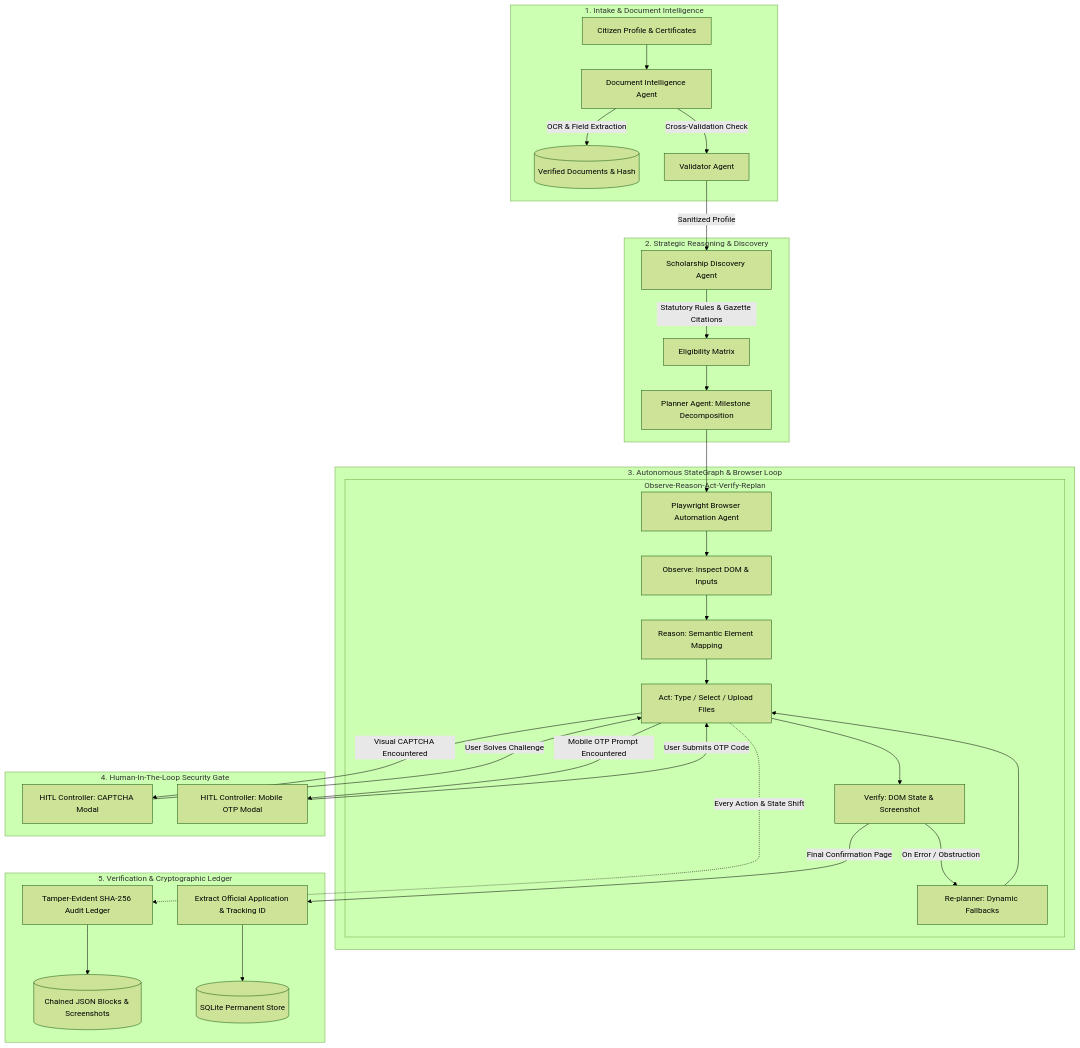
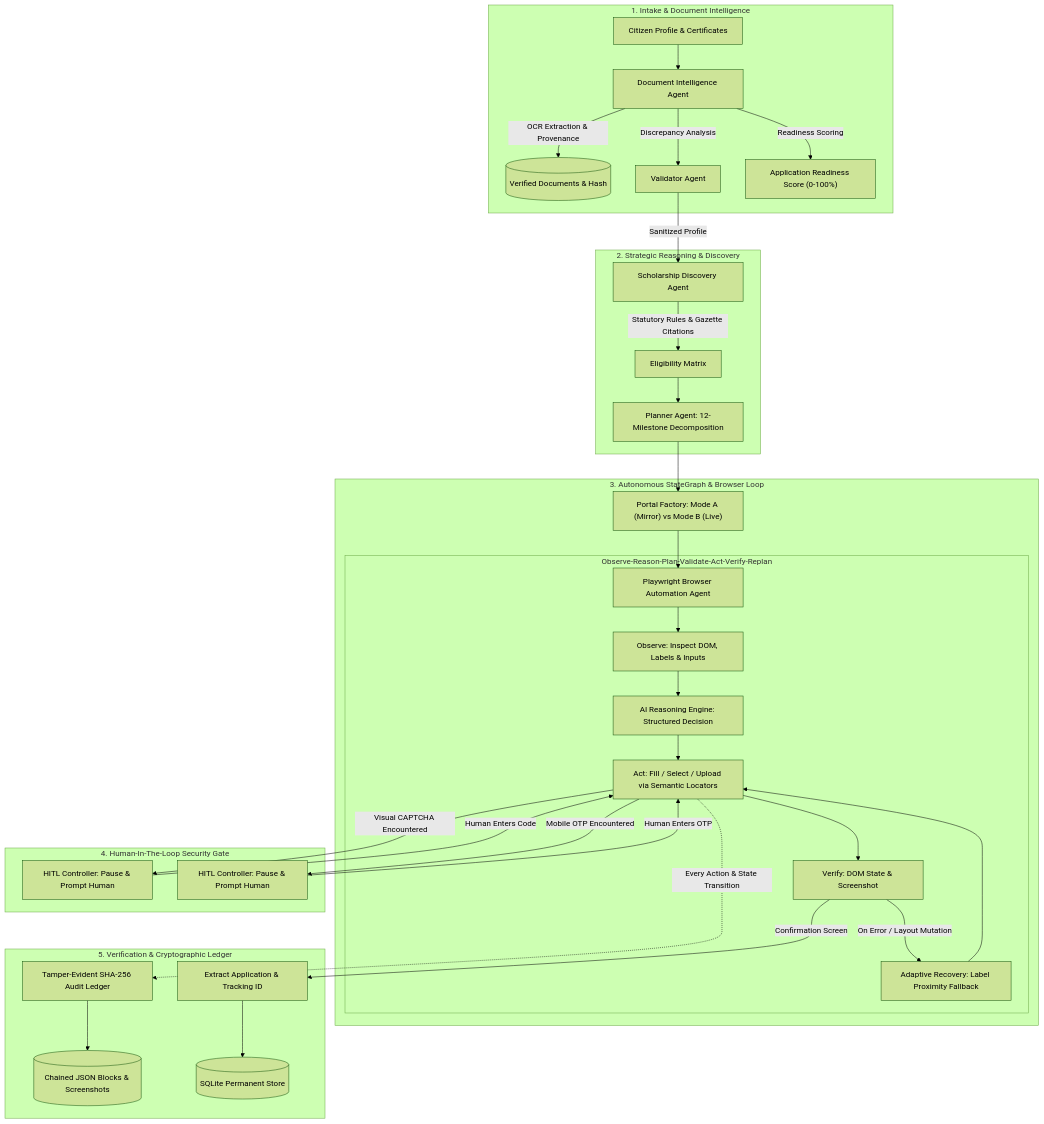
Before and after one commit to Annaveer-Hiremath/Seva-Agent---Forge-Hackathon: the diagram in README.md, drawn with Mermaid (forest theme). The commit also changed other lines of this file and 3 other files, not shown here.

Commit message:
docs & core: resolve documentation contradictions, link LLM prompt reasoning traces, and verify hackathon readiness

````diff
--- a/README.md
+++ b/README.md
@@ -45,41 +64,43 @@
 ```mermaid
 flowchart TD
     subgraph INTAKE ["1. Intake & Document Intelligence"]
         CP["Citizen Profile & Certificates"] --> DIA["Document Intelligence Agent"]
-        DIA -->|"OCR & Field Extraction"| DOCS[("Verified Documents & Hash")]
-        DIA -->|"Cross-Validation Check"| VAL["Validator Agent"]
+        DIA -->|"OCR Extraction & Provenance"| DOCS[("Verified Documents & Hash")]
+        DIA -->|"Discrepancy Analysis"| VAL["Validator Agent"]
+        DIA -->|"Readiness Scoring"| READINESS["Application Readiness Score (0-100%)"]
     end
 
     subgraph REASONING ["2. Strategic Reasoning & Discovery"]
         VAL -->|"Sanitized Profile"| SDA["Scholarship Discovery Agent"]
         SDA -->|"Statutory Rules & Gazette Citations"| ELIG["Eligibility Matrix"]
-        ELIG --> PLAN["Planner Agent: Milestone Decomposition"]
+        ELIG --> PLAN["Planner Agent: 12-Milestone Decomposition"]
     end
 
     subgraph ORCHESTRATION ["3. Autonomous StateGraph & Browser Loop"]
-        PLAN --> BAA["Playwright Browser Automation Agent"]
+        PLAN --> FACTORY["Portal Factory: Mode A (Mirror) vs Mode B (Live)"]
+        FACTORY --> BAA["Playwright Browser Automation Agent"]
         
-        subgraph ADAPTIVE_LOOP ["Observe-Reason-Act-Verify-Replan"]
-            BAA --> OBS["Observe: Inspect DOM & Inputs"]
-            OBS --> RSN["Reason: Semantic Element Mapping"]
-            RSN --> ACT["Act: Type / Select / Upload Files"]
+        subgraph ADAPTIVE_LOOP ["Observe-Reason-Plan-Validate-Act-Verify-Replan"]
+            BAA --> OBS["Observe: Inspect DOM, Labels & Inputs"]
+            OBS --> RSN["AI Reasoning Engine: Structured Decision"]
+            RSN --> ACT["Act: Fill / Select / Upload via Semantic Locators"]
             ACT --> VRF["Verify: DOM State & Screenshot"]
-            VRF -->|"On Error / Obstruction"| RPL["Re-planner: Dynamic Fallbacks"]
+            VRF -->|"On Error / Layout Mutation"| RPL["Adaptive Recovery: Label Proximity Fallback"]
             RPL --> ACT
         end
     end
 
     subgraph HITL_GATE ["4. Human-In-The-Loop Security Gate"]
-        ACT -->|"Visual CAPTCHA Encountered"| CAP["HITL Controller: CAPTCHA Modal"]
-        ACT -->|"Mobile OTP Prompt Encountered"| OTP["HITL Controller: Mobile OTP Modal"]
-        CAP -->|"User Solves Challenge"| ACT
-        OTP -->|"User Submits OTP Code"| ACT
+        ACT -->|"Visual CAPTCHA Encountered"| CAP["HITL Controller: Pause & Prompt Human"]
+        ACT -->|"Mobile OTP Encountered"| OTP["HITL Controller: Pause & Prompt Human"]
+        CAP -->|"Human Enters Code"| ACT
+        OTP -->|"Human Enters OTP"| ACT
     end
 
     subgraph SETTLEMENT ["5. Verification & Cryptographic Ledger"]
-        VRF -->|"Final Confirmation Page"| APP_ID["Extract Official Application & Tracking ID"]
-        ACT -.->|"Every Action & State Shift"| AUDIT["Tamper-Evident SHA-256 Audit Ledger"]
+        VRF -->|"Confirmation Screen"| APP_ID["Extract Application & Tracking ID"]
+        ACT -.->|"Every Action & State Transition"| AUDIT["Tamper-Evident SHA-256 Audit Ledger"]
         AUDIT --> LEDGER[("Chained JSON Blocks & Screenshots")]
         APP_ID --> DB[("SQLite Permanent Store")]
     end
 ```
````
